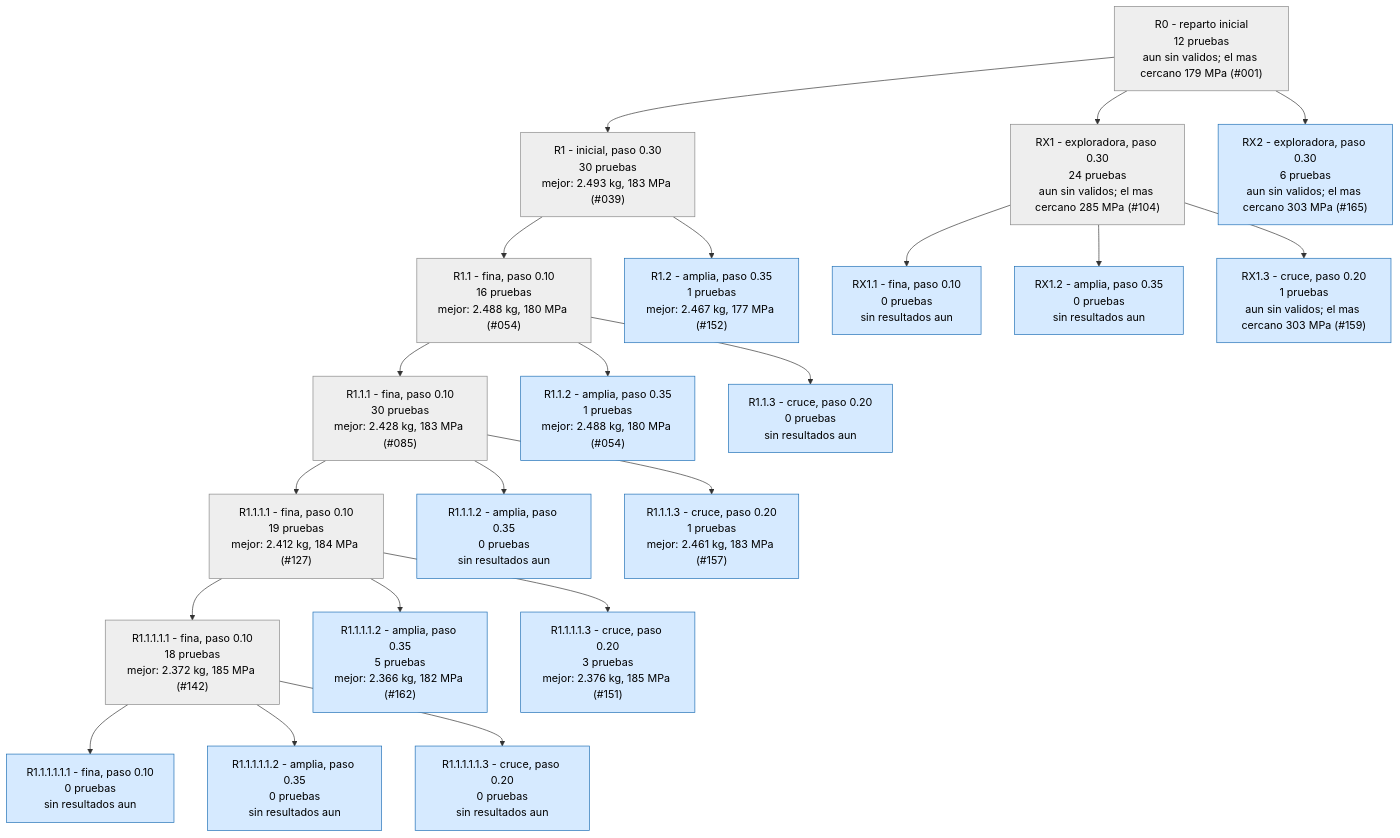
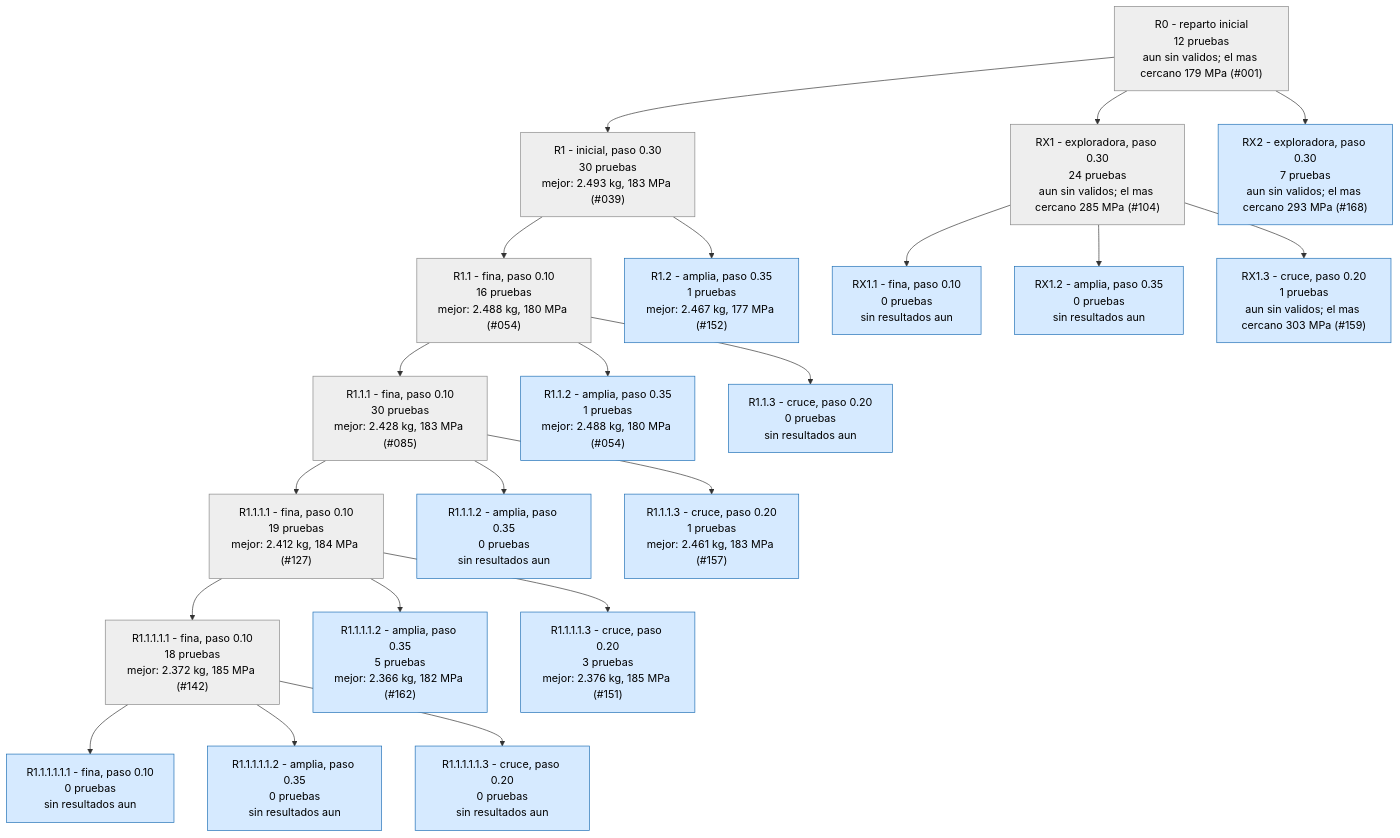
The second of 4 diagrams in runs/opt_37800N/ARBOL.md (Hugiko/msd-soporte-optimizacion), drawn with Mermaid before and after one commit. The commit also changed 21 other files, not shown here.

````diff
--- a/runs/opt_37800N/ARBOL.md
+++ b/runs/opt_37800N/ARBOL.md
@@ -25,47 +25,47 @@
 ```mermaid
 graph TD
 classDef activa fill:#d6eaff,stroke:#1f6fb5,color:#000
 classDef fin fill:#eeeeee,stroke:#888,color:#000
 classDef mejor fill:#c8f0c0,stroke:#1a9850,stroke-width:4px,color:#000
 R0["R0 - reparto inicial<br/>12 pruebas<br/>aun sin validos; el mas cercano 179 MPa (#001)"]:::fin
 R1["R1 - inicial, paso 0.30<br/>30 pruebas<br/>mejor: 2.493 kg, 183 MPa (#039)"]:::fin
 R0 --> R1
 R1_1["R1.1 - fina, paso 0.10<br/>16 pruebas<br/>mejor: 2.488 kg, 180 MPa (#054)"]:::fin
 R1 --> R1_1
 R1_2["R1.2 - amplia, paso 0.35<br/>1 pruebas<br/>mejor: 2.467 kg, 177 MPa (#152)"]:::activa
 R1 --> R1_2
 R1_1_1["R1.1.1 - fina, paso 0.10<br/>30 pruebas<br/>mejor: 2.428 kg, 183 MPa (#085)"]:::fin
 R1_1 --> R1_1_1
 R1_1_2["R1.1.2 - amplia, paso 0.35<br/>1 pruebas<br/>mejor: 2.488 kg, 180 MPa (#054)"]:::activa
 R1_1 --> R1_1_2
 R1_1_3["R1.1.3 - cruce, paso 0.20<br/>0 pruebas<br/>sin resultados aun"]:::activa
 R1_1 --> R1_1_3
 R1_1_1_1["R1.1.1.1 - fina, paso 0.10<br/>19 pruebas<br/>mejor: 2.412 kg, 184 MPa (#127)"]:::fin
 R1_1_1 --> R1_1_1_1
 R1_1_1_2["R1.1.1.2 - amplia, paso 0.35<br/>0 pruebas<br/>sin resultados aun"]:::activa
 R1_1_1 --> R1_1_1_2
 R1_1_1_3["R1.1.1.3 - cruce, paso 0.20<br/>1 pruebas<br/>mejor: 2.461 kg, 183 MPa (#157)"]:::activa
 R1_1_1 --> R1_1_1_3
 RX1["RX1 - exploradora, paso 0.30<br/>24 pruebas<br/>aun sin validos; el mas cercano 285 MPa (#104)"]:::fin
 R0 --> RX1
 RX1_1["RX1.1 - fina, paso 0.10<br/>0 pruebas<br/>sin resultados aun"]:::activa
 RX1 --> RX1_1
 RX1_2["RX1.2 - amplia, paso 0.35<br/>0 pruebas<br/>sin resultados aun"]:::activa
 RX1 --> RX1_2
 RX1_3["RX1.3 - cruce, paso 0.20<br/>1 pruebas<br/>aun sin validos; el mas cercano 303 MPa (#159)"]:::activa
 RX1 --> RX1_3
 R1_1_1_1_1["R1.1.1.1.1 - fina, paso 0.10<br/>18 pruebas<br/>mejor: 2.372 kg, 185 MPa (#142)"]:::fin
 R1_1_1_1 --> R1_1_1_1_1
 R1_1_1_1_2["R1.1.1.1.2 - amplia, paso 0.35<br/>5 pruebas<br/>mejor: 2.366 kg, 182 MPa (#162)"]:::activa
 R1_1_1_1 --> R1_1_1_1_2
 R1_1_1_1_3["R1.1.1.1.3 - cruce, paso 0.20<br/>3 pruebas<br/>mejor: 2.376 kg, 185 MPa (#151)"]:::activa
 R1_1_1_1 --> R1_1_1_1_3
 R1_1_1_1_1_1["R1.1.1.1.1.1 - fina, paso 0.10<br/>0 pruebas<br/>sin resultados aun"]:::activa
 R1_1_1_1_1 --> R1_1_1_1_1_1
 R1_1_1_1_1_2["R1.1.1.1.1.2 - amplia, paso 0.35<br/>0 pruebas<br/>sin resultados aun"]:::activa
 R1_1_1_1_1 --> R1_1_1_1_1_2
 R1_1_1_1_1_3["R1.1.1.1.1.3 - cruce, paso 0.20<br/>0 pruebas<br/>sin resultados aun"]:::activa
 R1_1_1_1_1 --> R1_1_1_1_1_3
-RX2["RX2 - exploradora, paso 0.30<br/>6 pruebas<br/>aun sin validos; el mas cercano 303 MPa (#165)"]:::activa
+RX2["RX2 - exploradora, paso 0.30<br/>7 pruebas<br/>aun sin validos; el mas cercano 293 MPa (#168)"]:::activa
 R0 --> RX2
 ```
````
